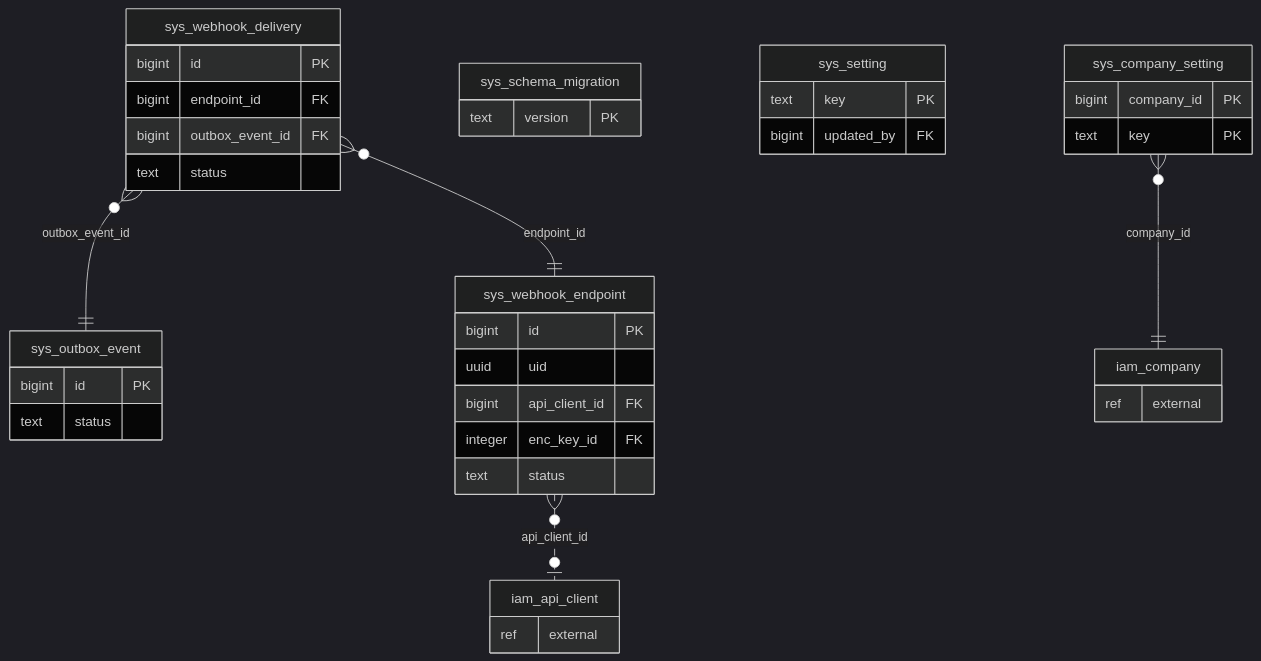
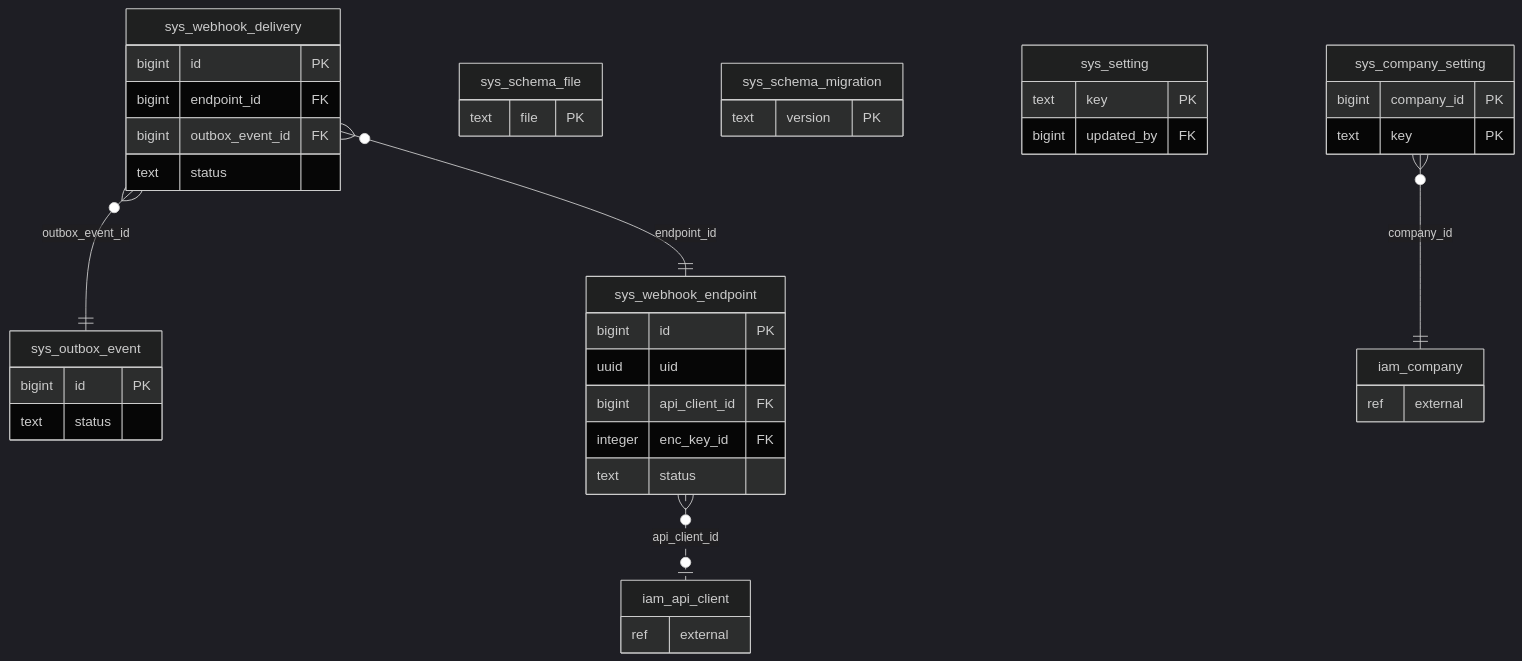
One commit to thawrasy/smartlines changed the fourth of 24 diagrams in db/ERD.md. Above: the diagram before and after it, drawn with Mermaid (dark theme). The commit also changed other lines of this file and 20 other files, not shown here.

````diff
--- a/db/ERD.md
+++ b/db/ERD.md
@@ -264,41 +370,44 @@
 ```mermaid
 erDiagram
   sys_company_setting {
     bigint company_id PK
     text key PK
   }
   sys_outbox_event {
     bigint id PK
     text status
+  }
+  sys_schema_file {
+    text file PK
   }
   sys_schema_migration {
     text version PK
   }
   sys_setting {
     text key PK
     bigint updated_by FK
   }
   sys_webhook_delivery {
     bigint id PK
     bigint endpoint_id FK
     bigint outbox_event_id FK
     text status
   }
   sys_webhook_endpoint {
     bigint id PK
     uuid uid
     bigint api_client_id FK
     integer enc_key_id FK
     text status
   }
   iam_api_client {
     ref external
   }
   iam_company {
     ref external
   }
   sys_webhook_endpoint }o..o| iam_api_client : "api_client_id"
   sys_company_setting }o--|| iam_company : "company_id"
   sys_webhook_delivery }o--|| sys_outbox_event : "outbox_event_id"
   sys_webhook_delivery }o--|| sys_webhook_endpoint : "endpoint_id"
 ```
````
